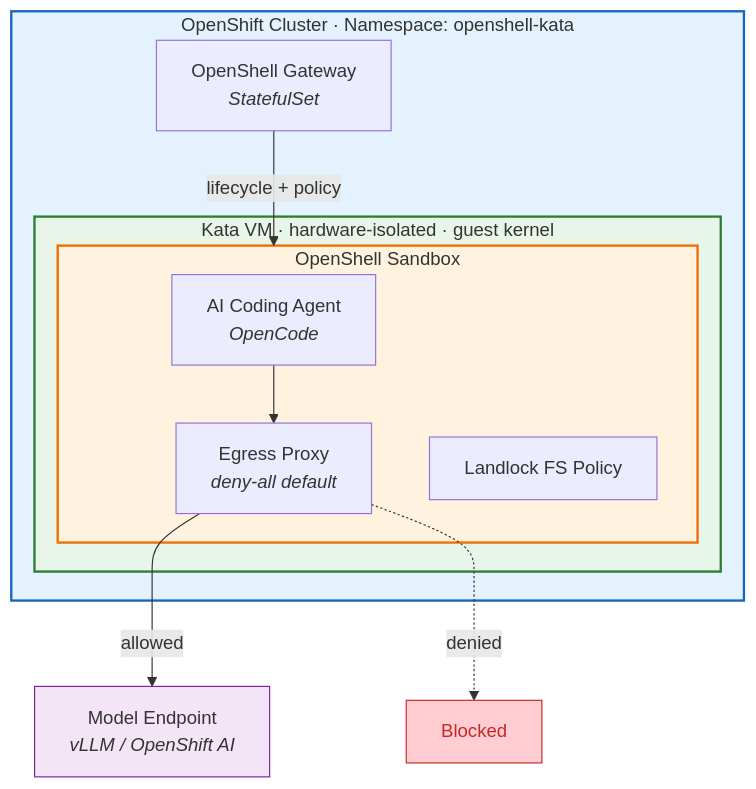
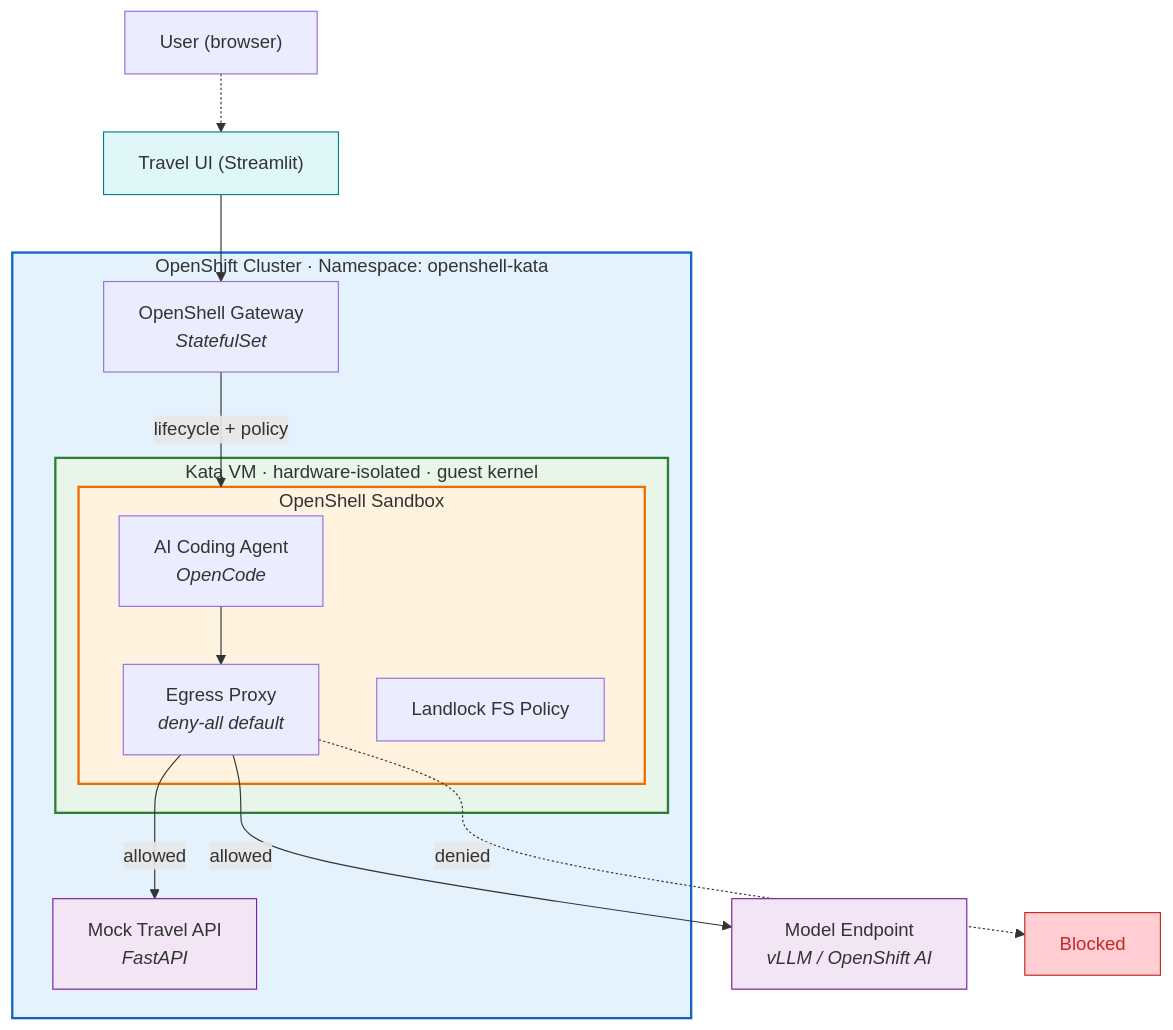
One commit to gskumar1010/sova changed the diagram in README.md. Above: the diagram before and after it, drawn with Mermaid. The commit also changed other lines of this file, not shown here.

````diff
--- a/README.md
+++ b/README.md
@@ -43,28 +66,37 @@
 ```mermaid
 graph TB
+    user["User (browser)"]
+    travelui["Travel UI (Streamlit)"]
+
     subgraph cluster["OpenShift Cluster · Namespace: openshell-kata"]
         gw["OpenShell Gateway<br/><i>StatefulSet</i>"]
+        mockapi["Mock Travel API<br/><i>FastAPI</i>"]
 
         subgraph kata_vm["Kata VM · hardware-isolated · guest kernel"]
             subgraph sandbox["OpenShell Sandbox"]
                 agent["AI Coding Agent<br/><i>OpenCode</i>"]
                 proxy["Egress Proxy<br/><i>deny-all default</i>"]
                 landlock["Landlock FS Policy"]
             end
         end
     end
 
     model["Model Endpoint<br/><i>vLLM / OpenShift AI</i>"]
     blocked["Blocked"]
 
+    user -.-> travelui
+    travelui --> gw
     gw -- "lifecycle + policy" --> sandbox
     agent --> proxy
     proxy -- "allowed" --> model
+    proxy -- "allowed" --> mockapi
     proxy -. "denied" .-> blocked
 
     style kata_vm fill:#e8f5e9,stroke:#2e7d32,stroke-width:2px
     style sandbox fill:#fff3e0,stroke:#ef6c00,stroke-width:2px
     style cluster fill:#e3f2fd,stroke:#1565c0,stroke-width:2px
     style blocked fill:#ffcdd2,stroke:#c62828,color:#c62828
     style model fill:#f3e5f5,stroke:#7b1fa2
+    style travelui fill:#e0f7fa,stroke:#00838f
+    style mockapi fill:#f3e5f5,stroke:#7b1fa2
 ```
````
